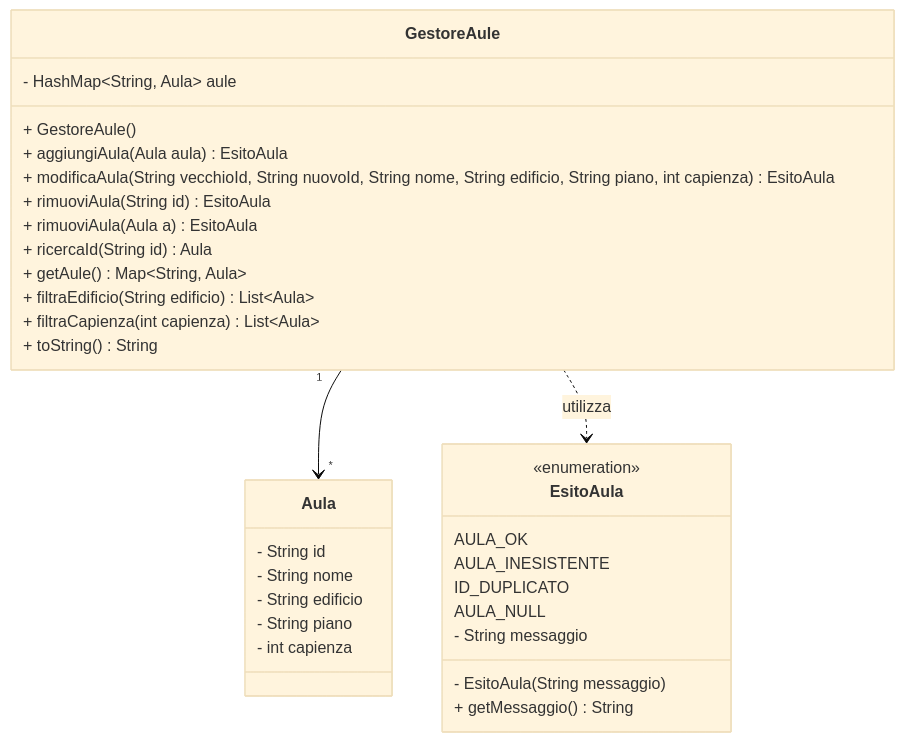
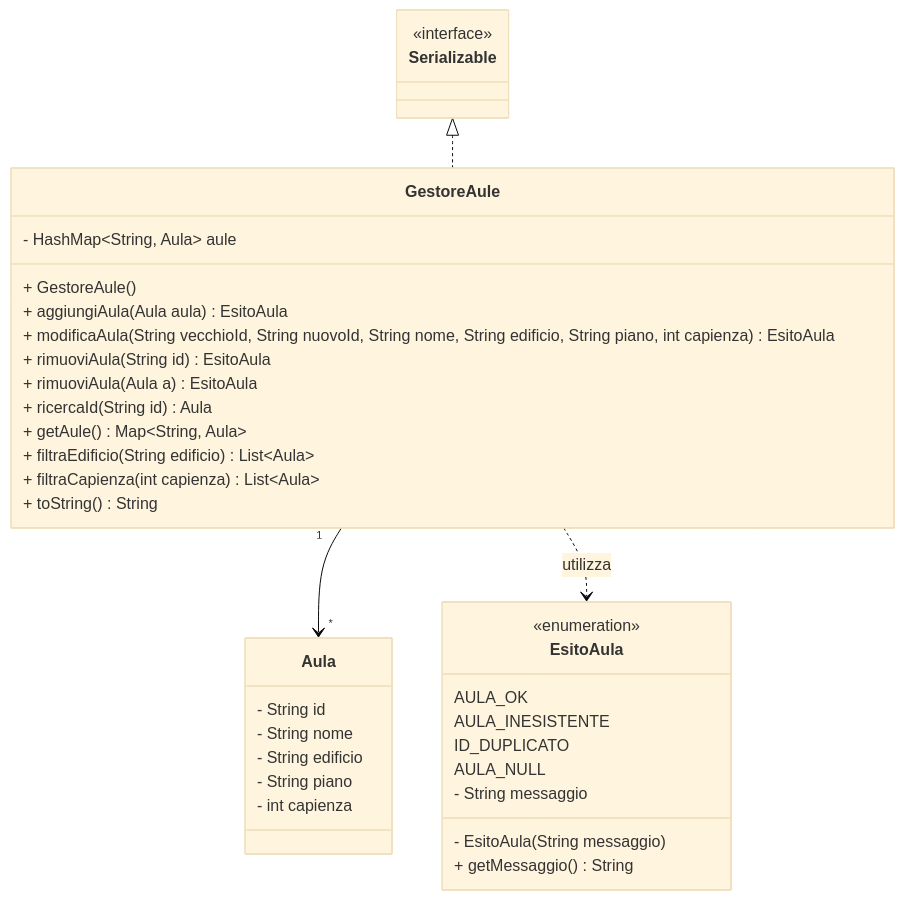
One commit to gcarbone48/PrenotazioneAule5 changed the diagram in diagrams/class diagrams/gestoreAuleClass.md. Above: the diagram before and after it, drawn with Mermaid (base theme). The commit also changed 1 other file, not shown here.

Commit message:
FEAT: aggiunta interfaccia Serializable nei diagrammi di GestoreAule e GestoreDocenti

````diff
--- a/diagrams/class diagrams/gestoreAuleClass.md
+++ b/diagrams/class diagrams/gestoreAuleClass.md
@@ -1,60 +1,65 @@
 ```mermaid
 classDiagram
+    class Serializable {
+             <<interface>>
+    }
+
+    Serializable <|.. GestoreAule
 
 
     class Aula {
         - String id
         %% codice identificativo univoco
         - String nome
         - String edificio
         - String piano
         - int capienza
     }
 
     class GestoreAule{
         - HashMap~String, Aula~ aule
         %% costruttore
         + GestoreAule()
         %% aggiunge un'aula verificando l'unicità dell'id e i valori nulli
         + aggiungiAula(Aula aula) EsitoAula
         %% modifica un'aula esistente gestendo anche l'eventuale cambio di ID
         + modificaAula(String vecchioId, String nuovoId, String nome, String edificio, String piano, int capienza) EsitoAula
         %% rimuove un'aula tramite il suo id 
         %%%%%%%%%%%% TODO: NON è MEGLIO PASSARE DUMMY OBJ AULA?     %%%%%%%%%%%%%%%%%%%%%%%%%%
         + rimuoviAula(String id) EsitoAula
         %% facciamo overloading??
         + rimuoviAula (Aula a) EsitoAula
         %% cerca e restituisce un'aula tramite il suo id
         + ricercaId(String id) Aula
         %% restituisce una collezione di tutte le aule registrate
         %% NON SAREBBE MEGLIO LISTA??
         + getAule() Map~String, Aula~
         %% restituisce una lista di aule filtrate per edificio
         + filtraEdificio(String edificio) List~Aula~
         %% restituisce una lista di aule filtrate per capienza minima
         + filtraCapienza(int capienza) List~Aula~
 
         + toString() String
     }
 
     class EsitoAula {
         <<enumeration>>
         %%esito corretto
         AULA_OK
         %%restituita se l'aula passata non esiste
         AULA_INESISTENTE
         %%restituita se l'id è già associato ad un'altra aula
         ID_DUPLICATO
         %%restituita se l'aula passata è null
         AULA_NULL
         %%attributo privato immutabile che memorizza il testo descrittivo dell'esito
         - String messaggio
         %%costruttore
         - EsitoAula(String messaggio)
         %%metodo pubblico per accedere al testo descrittivo dell'esito
         + getMessaggio() String
     }
     GestoreAule "1" --> "*" Aula
     GestoreAule ..> EsitoAula : utilizza
         
 ```
````
